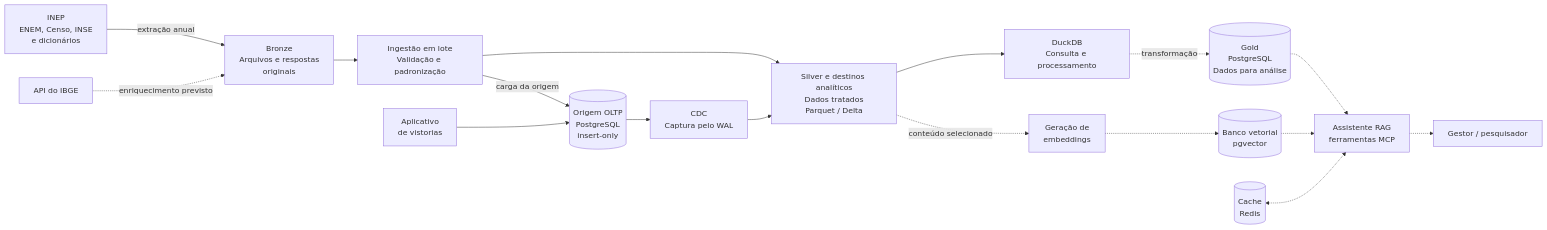
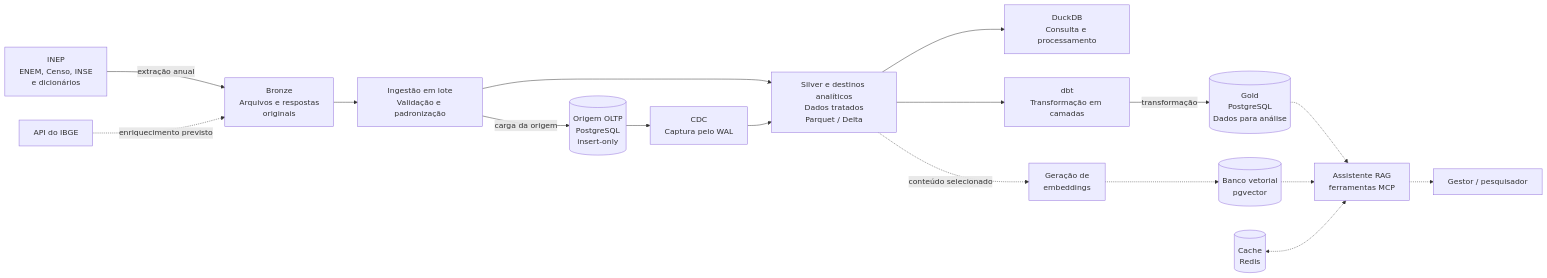
Before and after one commit to daviegito/bd2_2026_2_eduinfra: the diagram in docs/arquitetura.md, drawn with Mermaid. The commit also changed other lines of this file and 4 other files, not shown here.

First line of the commit message:
docs(e3): tira o aplicativo dos diagramas e atualiza o estado da E3

````diff
--- a/docs/arquitetura.md
+++ b/docs/arquitetura.md
@@ -9,34 +9,34 @@
 ```mermaid
 flowchart LR
     INEP["INEP<br/>ENEM, Censo, INSE<br/>e dicionários"]
     IBGE["API do IBGE"]
-    APP["Aplicativo<br/>de vistorias"]
     BRONZE["Bronze<br/>Arquivos e respostas<br/>originais"]
     LOTE["Ingestão em lote<br/>Validação e padronização"]
     SILVER["Silver e destinos analíticos<br/>Dados tratados<br/>Parquet / Delta"]
     OLTP[("Origem OLTP<br/>PostgreSQL<br/>insert-only")]
     CDC["CDC<br/>Captura pelo WAL"]
     DUCK["DuckDB<br/>Consulta e processamento"]
+    DBT["dbt<br/>Transformação em camadas"]
     GOLD[("Gold<br/>PostgreSQL<br/>Dados para análise")]
     EMB["Geração de<br/>embeddings"]
     VET[("Banco vetorial<br/>pgvector")]
     AGENTE["Assistente RAG<br/>ferramentas MCP"]
     CACHE[("Cache<br/>Redis")]
     USER["Gestor / pesquisador"]
     INEP -->|extração anual| BRONZE
     IBGE -.->|enriquecimento previsto| BRONZE
     BRONZE --> LOTE
     LOTE --> SILVER
     LOTE -->|carga da origem| OLTP
-    APP --> OLTP
     OLTP --> CDC
     CDC --> SILVER
     SILVER --> DUCK
-    DUCK -.->|transformação| GOLD
+    SILVER --> DBT
+    DBT -->|transformação| GOLD
     SILVER -.->|conteúdo selecionado| EMB
     EMB -.-> VET
     GOLD -.-> AGENTE
     VET -.-> AGENTE
     CACHE <-.-> AGENTE
     AGENTE -.-> USER
 ```
````
